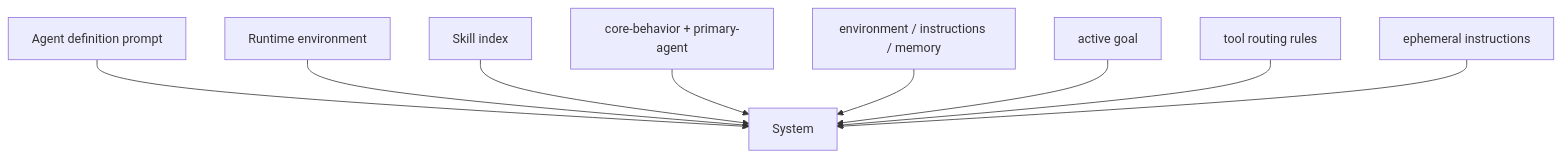
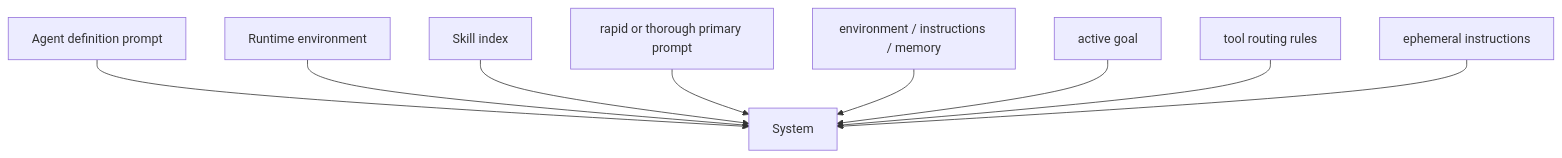
One commit to LunaY77/ello changed the diagram in docs/prompt/system-prompt-assembly.md. Above: the diagram before and after it, drawn with Mermaid. The commit also changed other lines of this file and 535 other files, not shown here.

````diff
--- a/docs/prompt/system-prompt-assembly.md
+++ b/docs/prompt/system-prompt-assembly.md
@@ -14,11 +14,11 @@
 ```mermaid
 flowchart TD
   Def[Agent definition prompt] --> S[System]
   Env[Runtime environment] --> S
   Skill[Skill index] --> S
-  Base[core-behavior + primary-agent] --> S
+  Base[rapid or thorough primary prompt] --> S
   Ctx[environment / instructions / memory] --> S
   Goal[active goal] --> S
   Route[tool routing rules] --> S
   Eph[ephemeral instructions] --> S
 ```
````
